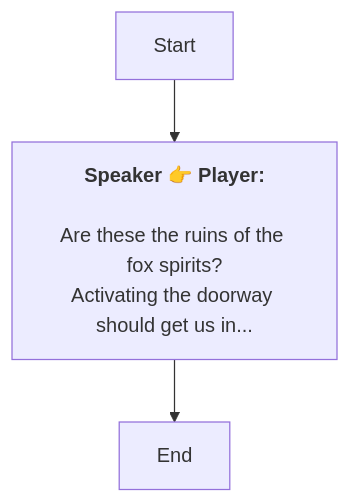
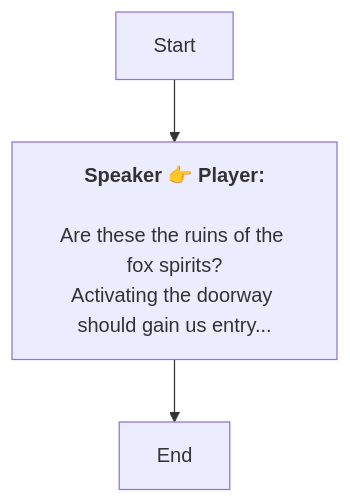
Before and after one commit to SoftHu/tos_avg: the diagram in En/QuestStartTalkENode_1749521427653894.md, drawn with Mermaid. The commit also changed 312 other files, not shown here.

````diff
--- a/En/QuestStartTalkENode_1749521427653894.md
+++ b/En/QuestStartTalkENode_1749521427653894.md
@@ -1,9 +1,9 @@
 ```mermaid
 graph
 Start -->1749521508459785[<b>Speaker 👉 Player:</b>
 
 Are these the ruins of the fox spirits?
-Activating the doorway should get us in...]
+Activating the doorway should gain us entry...]
 1749521508459785 -->1749521514432778[End]
 
  ```
````
